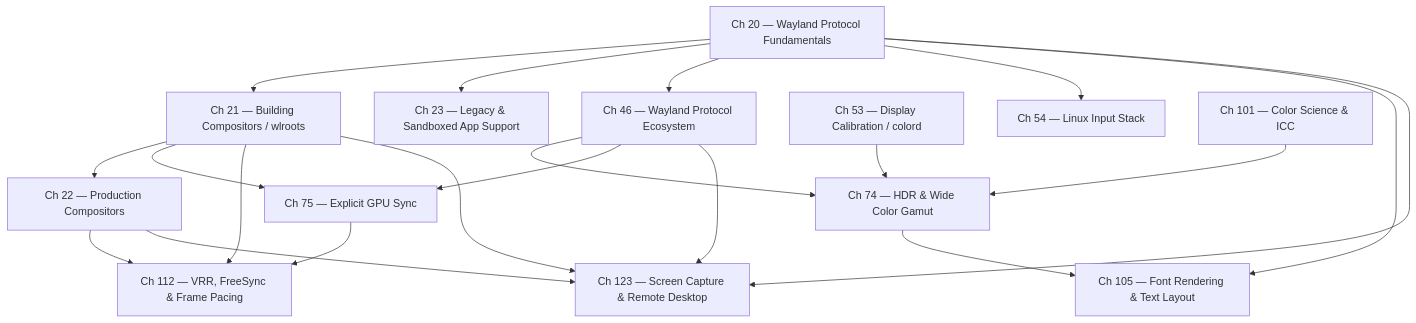
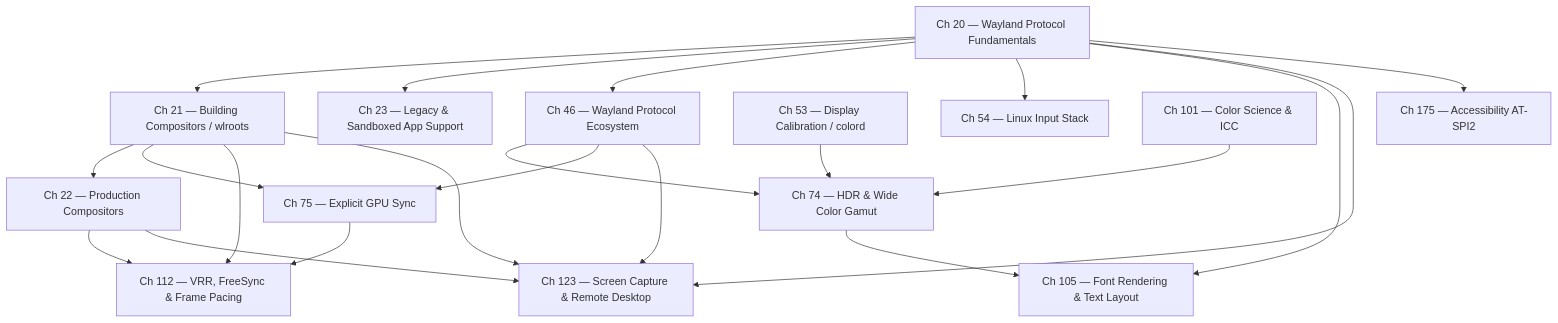
The diagram in chapters/part-06-display-stack/part-intro.md (jreuben11/linux-graphics-stack-book), drawn with Mermaid before and after one commit. The commit also changed other lines of this file and 16 other files, not shown here.

````diff
--- a/chapters/part-06-display-stack/part-intro.md
+++ b/chapters/part-06-display-stack/part-intro.md
@@ -59,36 +59,39 @@
 ```mermaid
 graph TD
     CH20[Ch 20 — Wayland Protocol Fundamentals]
     CH21[Ch 21 — Building Compositors / wlroots]
     CH22[Ch 22 — Production Compositors]
     CH23[Ch 23 — Legacy & Sandboxed App Support]
     CH46[Ch 46 — Wayland Protocol Ecosystem]
     CH53[Ch 53 — Display Calibration / colord]
     CH54[Ch 54 — Linux Input Stack]
     CH74[Ch 74 — HDR & Wide Color Gamut]
     CH75[Ch 75 — Explicit GPU Sync]
     CH101[Ch 101 — Color Science & ICC]
     CH105[Ch 105 — Font Rendering & Text Layout]
     CH112[Ch 112 — VRR, FreeSync & Frame Pacing]
     CH123[Ch 123 — Screen Capture & Remote Desktop]
 
     CH20 --> CH21
     CH20 --> CH23
     CH20 --> CH46
     CH20 --> CH54
     CH20 --> CH105
     CH20 --> CH123
     CH21 --> CH22
     CH21 --> CH75
     CH21 --> CH112
     CH21 --> CH123
     CH46 --> CH74
     CH46 --> CH75
     CH46 --> CH123
     CH53 --> CH74
     CH101 --> CH74
     CH74 --> CH105
     CH75 --> CH112
+    CH175[Ch 175 — Accessibility AT-SPI2]
+
+    CH20 --> CH175
     CH22 --> CH112
     CH22 --> CH123
 ```
````
